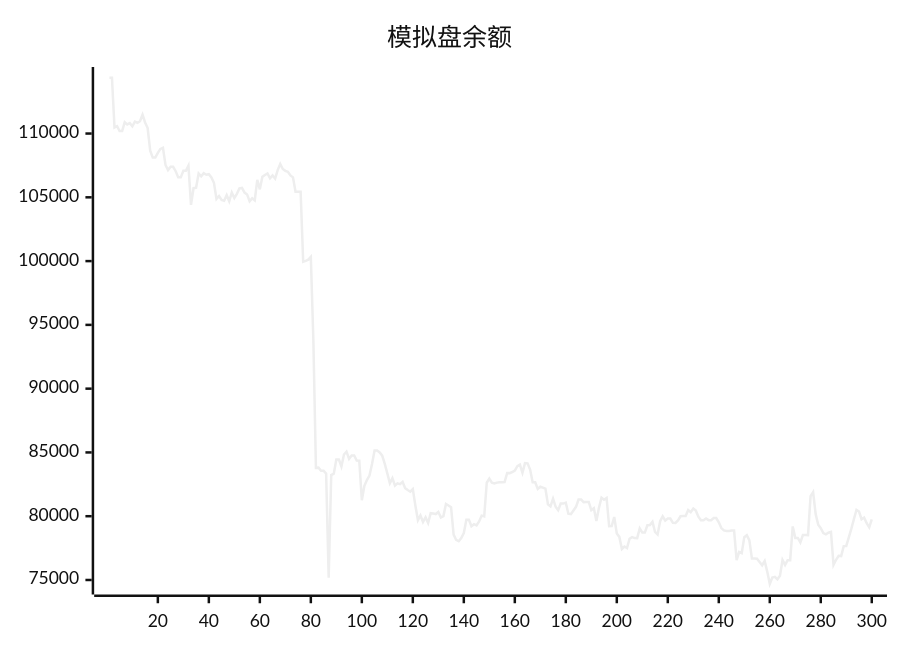
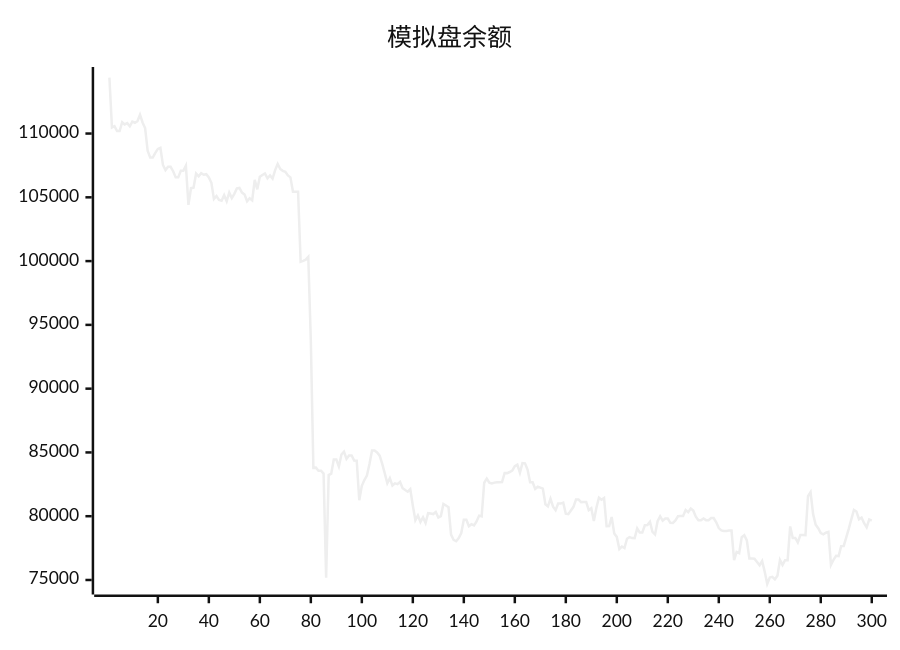
One commit to aahl/ai-trading changed the diagram in README.md. Above: the diagram before and after it, drawn with Mermaid (neutral theme). The commit also changed other lines of this file and 1 other file, not shown here.

````diff
--- a/README.md
+++ b/README.md
@@ -5,5 +5,5 @@
 ```mermaid
 xychart
     title "模拟盘余额"
-    line [114384,114384,110477,110576,110198,110198,110890,110712,110812,110569,110929,110847,110968,111478,110870,110433,108661,108116,108115,108485,108797,108877,107536,107134,107393,107393,107046,106565,106565,107081,107081,107478,104404,105715,105749,106866,106651,106889,106771,106816,106565,106141,104876,105103,104796,104734,105169,104690,105380,104941,105272,105709,105739,105374,105227,104691,104924,104762,106364,105628,106608,106748,106872,106485,106721,106468,107132,107620,107224,107080,107001,106717,106567,105431,105431,105440,99950,100017,100113,100337,93749,83795,83807,83567,83567,83342,75168,83222,83336,84448,84449,83896,84839,85065,84499,84757,84757,84364,84347,81254,82385,82835,83184,84099,85150,85150,85002,84751,84096,83356,82582,82983,82404,82572,82512,82688,82200,82047,81920,82125,80840,79688,80060,79552,79920,79470,80236,80208,80170,80336,79894,80006,80954,80837,80712,78561,78139,78037,78293,78682,79720,79720,79214,79372,79279,79591,80046,79993,82625,82950,82626,82571,82633,82670,82670,82681,83386,83378,83464,83579,83920,84037,83402,84160,84142,83652,82655,82655,82145,82315,82243,82163,80934,80770,81371,80742,80468,80989,80989,81067,80191,80155,80450,80737,81309,81309,81106,81119,81119,80471,80631,79624,80670,81448,81290,81429,79212,79222,79940,78643,78380,77432,77623,77504,78235,78358,78284,78277,79048,78714,78714,79290,79308,79567,78763,78563,79603,79988,79652,79813,79813,79476,79469,79673,79995,80015,80015,80486,80314,80600,80436,79966,79689,79689,79819,79692,79692,79850,79850,79518,79071,78889,78850,78850,78878,78878,76554,77202,77103,78357,78510,78106,76678,76677,76672,76411,76159,76485,75656,74695,75197,75246,75052,75334,76564,76179,76553,76551,79196,78300,78300,77944,78531,78531,78521,81564,81884,80160,79335,79055,78675,78580,78708,78764,76179,76586,76902,76876,77658,77669,78346,79023,79769,80497,80366,79761,79896,79448,79126,79749]
+    line [114384,110477,110576,110198,110198,110890,110712,110812,110569,110929,110847,110968,111478,110870,110433,108661,108116,108115,108485,108797,108877,107536,107134,107393,107393,107046,106565,106565,107081,107081,107478,104404,105715,105749,106866,106651,106889,106771,106816,106565,106141,104876,105103,104796,104734,105169,104690,105380,104941,105272,105709,105739,105374,105227,104691,104924,104762,106364,105628,106608,106748,106872,106485,106721,106468,107132,107620,107224,107080,107001,106717,106567,105431,105431,105440,99950,100017,100113,100337,93749,83795,83807,83567,83567,83342,75168,83222,83336,84448,84449,83896,84839,85065,84499,84757,84757,84364,84347,81254,82385,82835,83184,84099,85150,85150,85002,84751,84096,83356,82582,82983,82404,82572,82512,82688,82200,82047,81920,82125,80840,79688,80060,79552,79920,79470,80236,80208,80170,80336,79894,80006,80954,80837,80712,78561,78139,78037,78293,78682,79720,79720,79214,79372,79279,79591,80046,79993,82625,82950,82626,82571,82633,82670,82670,82681,83386,83378,83464,83579,83920,84037,83402,84160,84142,83652,82655,82655,82145,82315,82243,82163,80934,80770,81371,80742,80468,80989,80989,81067,80191,80155,80450,80737,81309,81309,81106,81119,81119,80471,80631,79624,80670,81448,81290,81429,79212,79222,79940,78643,78380,77432,77623,77504,78235,78358,78284,78277,79048,78714,78714,79290,79308,79567,78763,78563,79603,79988,79652,79813,79813,79476,79469,79673,79995,80015,80015,80486,80314,80600,80436,79966,79689,79689,79819,79692,79692,79850,79850,79518,79071,78889,78850,78850,78878,78878,76554,77202,77103,78357,78510,78106,76678,76677,76672,76411,76159,76485,75656,74695,75197,75246,75052,75334,76564,76179,76553,76551,79196,78300,78300,77944,78531,78531,78521,81564,81884,80160,79335,79055,78675,78580,78708,78764,76179,76586,76902,76876,77658,77669,78346,79023,79769,80497,80366,79761,79896,79448,79126,79749,79658]
 ```
````
